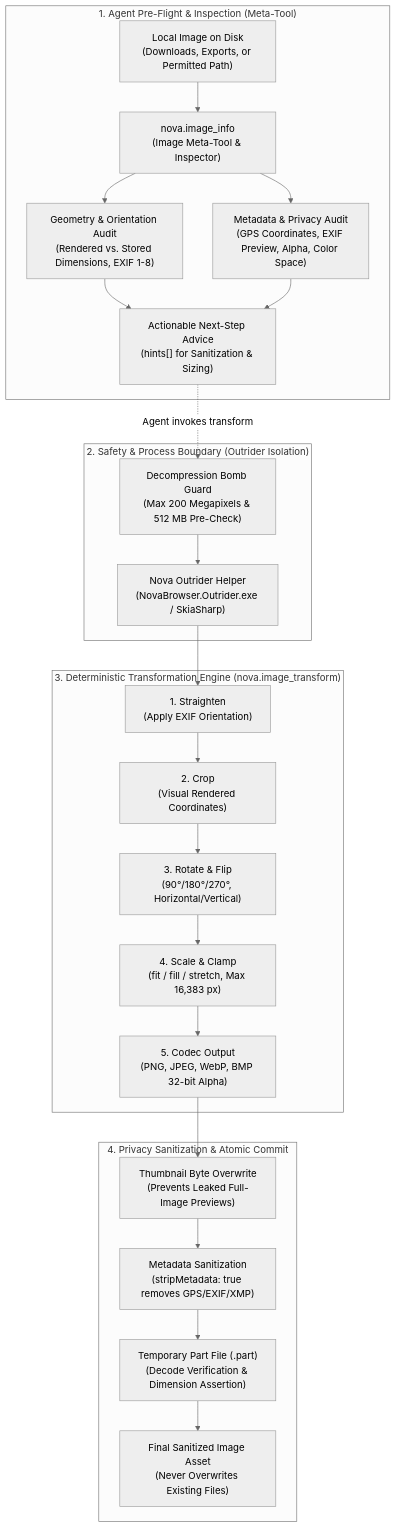
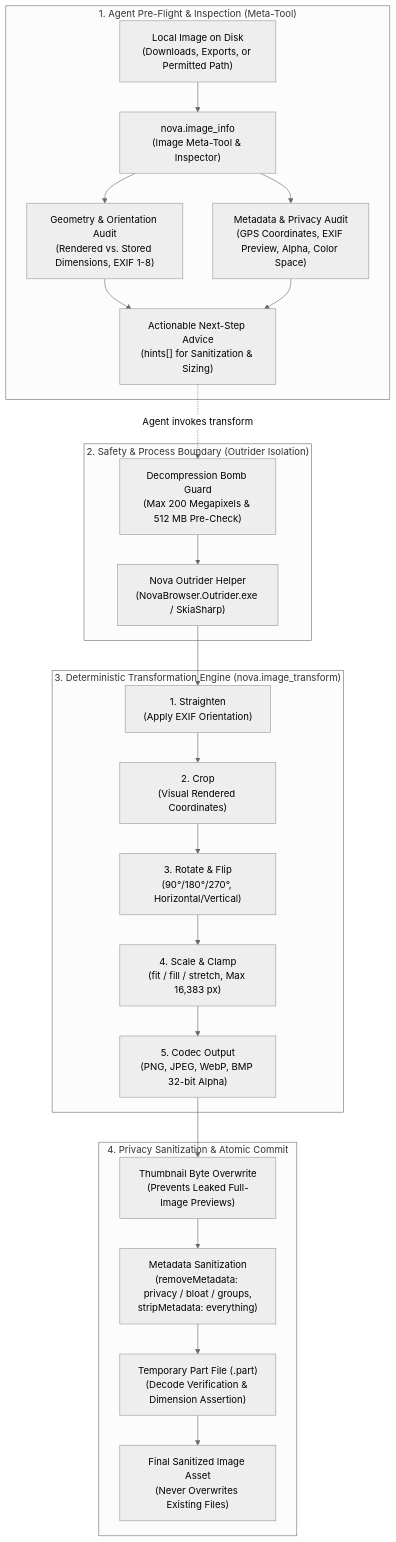
The first of 2 diagrams in docs/core-features/media-intelligence/image-processing/README.md (joelaniol/nova), drawn with Mermaid (neutral theme) before and after one commit. The commit also changed other lines of this file and 6 other files, not shown here.

````diff
--- a/docs/core-features/media-intelligence/image-processing/README.md
+++ b/docs/core-features/media-intelligence/image-processing/README.md
@@ -10,39 +10,39 @@
 ```mermaid
 flowchart TD
     subgraph AgentSpace["1. Agent Pre-Flight & Inspection (Meta-Tool)"]
         SourceImage["Local Image on Disk\n(Downloads, Exports, or Permitted Path)"]
         ImageInfo["nova.image_info\n(Image Meta-Tool & Inspector)"]
         GeometryCheck["Geometry & Orientation Audit\n(Rendered vs. Stored Dimensions, EXIF 1-8)"]
         MetadataAudit["Metadata & Privacy Audit\n(GPS Coordinates, EXIF Preview, Alpha, Color Space)"]
         ActionableHints["Actionable Next-Step Advice\n(hints[] for Sanitization & Sizing)"]
     end
 
     subgraph SafetyGate["2. Safety & Process Boundary (Outrider Isolation)"]
         DecompressionGuard["Decompression Bomb Guard\n(Max 200 Megapixels & 512 MB Pre-Check)"]
         HelperProcess["Nova Outrider Helper\n(NovaBrowser.Outrider.exe / SkiaSharp)"]
     end
 
     subgraph TransformPipeline["3. Deterministic Transformation Engine (nova.image_transform)"]
         StraightenStep["1. Straighten\n(Apply EXIF Orientation)"]
         CropStep["2. Crop\n(Visual Rendered Coordinates)"]
         RotateFlipStep["3. Rotate & Flip\n(90°/180°/270°, Horizontal/Vertical)"]
         ResizeStep["4. Scale & Clamp\n(fit / fill / stretch, Max 16,383 px)"]
         EncodeStep["5. Codec Output\n(PNG, JPEG, WebP, BMP 32-bit Alpha)"]
     end
 
     subgraph PrivacyCommit["4. Privacy Sanitization & Atomic Commit"]
         ThumbOverwrite["Thumbnail Byte Overwrite\n(Prevents Leaked Full-Image Previews)"]
-        MetaStrip["Metadata Sanitization\n(stripMetadata: true removes GPS/EXIF/XMP)"]
+        MetaStrip["Metadata Sanitization\n(removeMetadata: privacy / bloat / groups,\nstripMetadata: everything)"]
         PartFile["Temporary Part File (.part)\n(Decode Verification & Dimension Assertion)"]
         FinalImage["Final Sanitized Image Asset\n(Never Overwrites Existing Files)"]
     end
 
     SourceImage --> ImageInfo
     ImageInfo --> GeometryCheck & MetadataAudit
     GeometryCheck & MetadataAudit --> ActionableHints
 
     ActionableHints -.->|Agent invokes transform| DecompressionGuard
     DecompressionGuard --> HelperProcess
     HelperProcess --> StraightenStep --> CropStep --> RotateFlipStep --> ResizeStep --> EncodeStep
     EncodeStep --> ThumbOverwrite --> MetaStrip --> PartFile --> FinalImage
 ```
````
